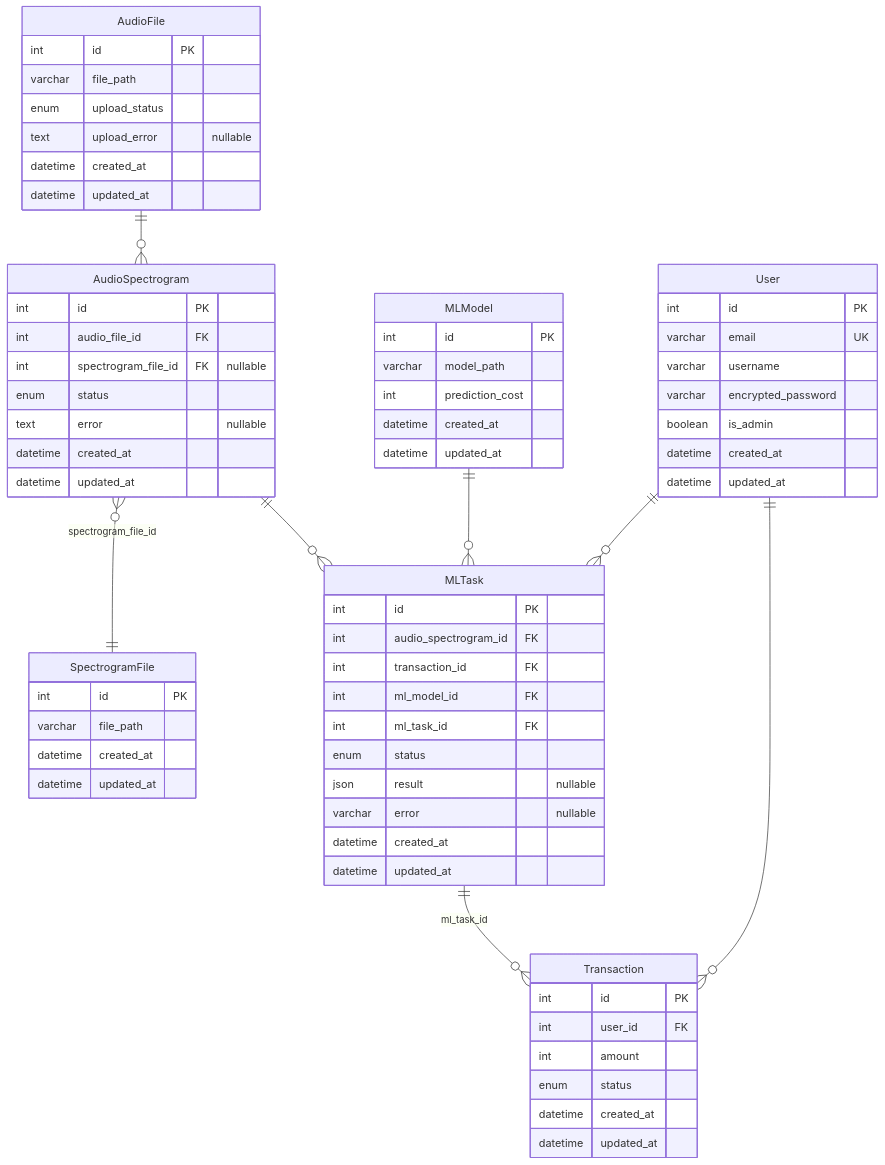
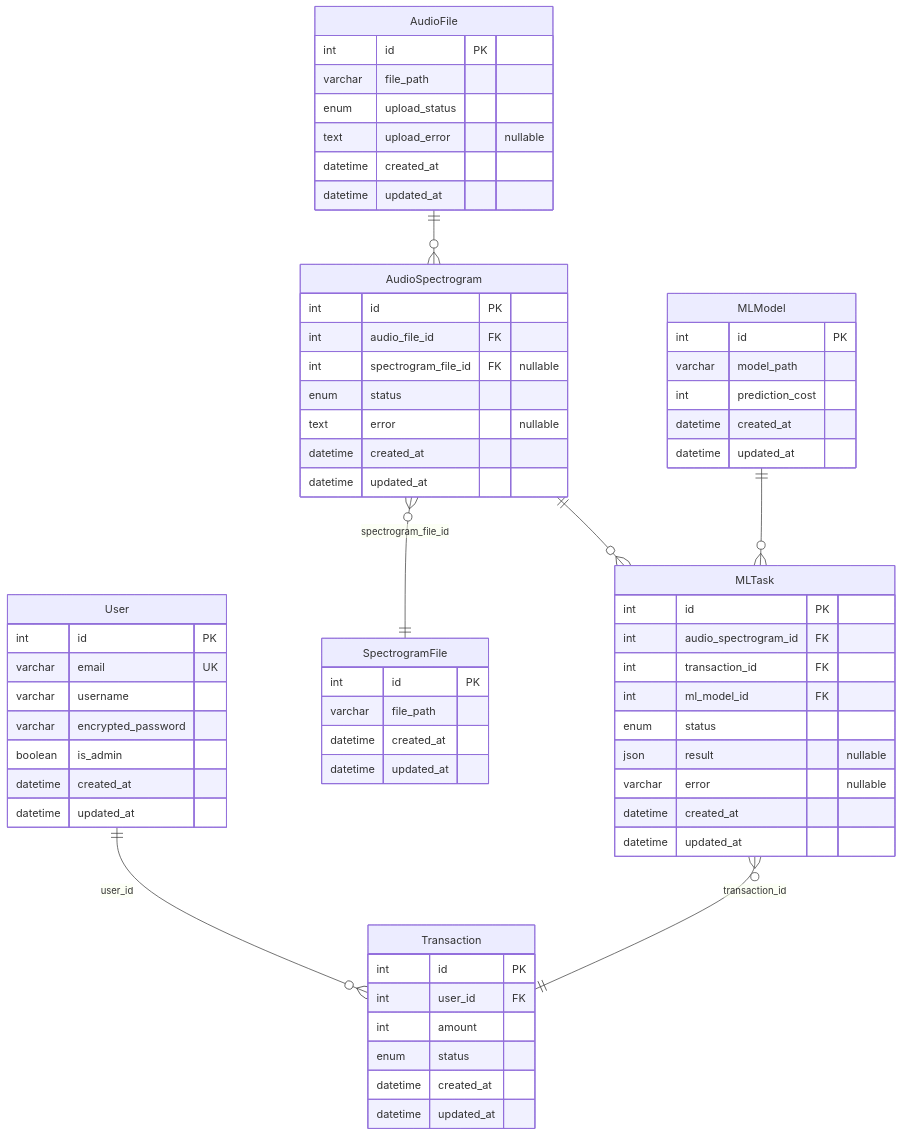
Before and after one commit to Ch1g/MusicGenreSommelierAI: the second of 2 diagrams in README.md, drawn with Mermaid. The commit also changed other lines of this file and 6 other files, not shown here.

````diff
--- a/README.md
+++ b/README.md
@@ -99,76 +99,74 @@
 ```mermaid
 erDiagram
     User {
         int id PK
         varchar email UK
         varchar username
         varchar encrypted_password
         boolean is_admin
         datetime created_at
         datetime updated_at
     }
 
     AudioFile {
         int id PK
         varchar file_path
         enum upload_status
         text upload_error "nullable"
         datetime created_at
         datetime updated_at
     }
 
     SpectrogramFile {
         int id PK
         varchar file_path
         datetime created_at
         datetime updated_at
     }
 
     AudioSpectrogram {
         int id PK
         int audio_file_id FK
         int spectrogram_file_id FK "nullable"
         enum status
         text error "nullable"
         datetime created_at
         datetime updated_at
     }
 
     MLModel {
         int id PK
         varchar model_path
         int prediction_cost
         datetime created_at
         datetime updated_at
     }
 
     MLTask {
         int id PK
         int audio_spectrogram_id FK
         int transaction_id FK
         int ml_model_id FK
-        int ml_task_id FK
         enum status
         json result "nullable"
         varchar error "nullable"
         datetime created_at
         datetime updated_at
     }
 
     Transaction {
         int id PK
         int user_id FK
         int amount
         enum status
         datetime created_at
         datetime updated_at
     }
 
-    User ||--o{ MLTask : ""
-    User ||--o{ Transaction : ""
-    MLTask ||--o{ Transaction : "ml_task_id"
+    User ||--o{ Transaction : "user_id"
+    MLTask }o--|| Transaction : "transaction_id"
     MLModel ||--o{ MLTask : ""
     AudioFile ||--o{ AudioSpectrogram : ""
     AudioSpectrogram }o--|| SpectrogramFile : "spectrogram_file_id"
     AudioSpectrogram ||--o{ MLTask : ""
 ```
````
